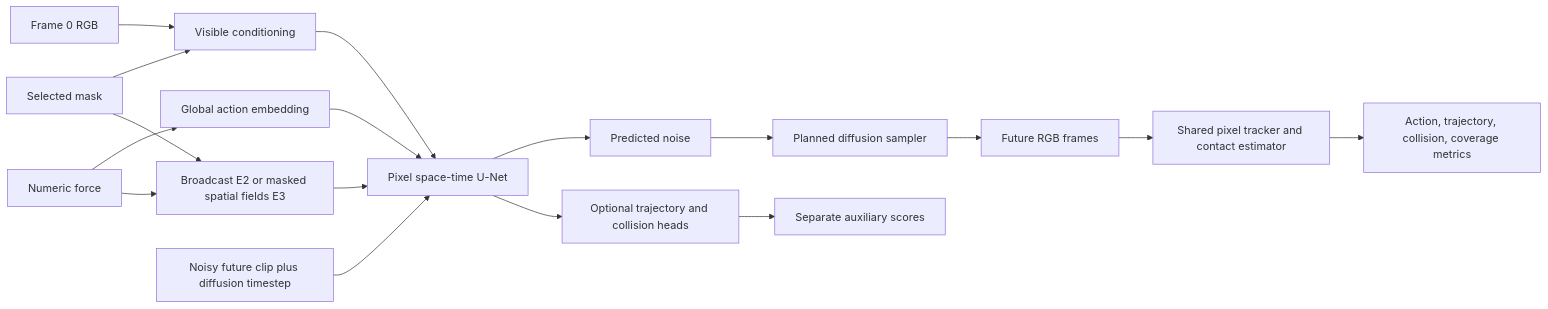
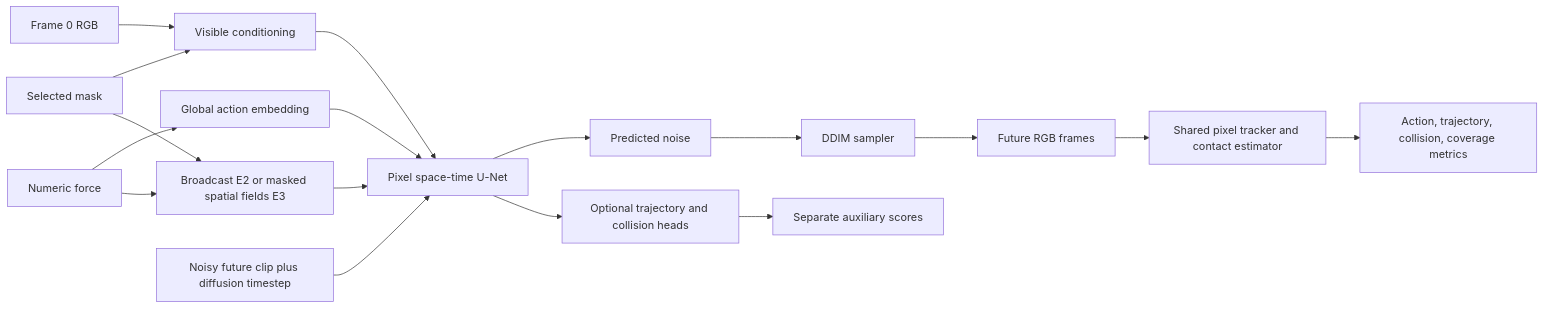
The diagram in docs/BUILD_PLAN.md (athul1810/click2future), drawn with Mermaid before and after one commit. The commit also changed other lines of this file and 15 other files, not shown here.

````diff
--- a/docs/BUILD_PLAN.md
+++ b/docs/BUILD_PLAN.md
@@ -27,19 +28,19 @@
 ```mermaid
 flowchart LR
     I[Frame 0 RGB] --> C[Visible conditioning]
     M[Selected mask] --> C
     A[Numeric force] --> G[Global action embedding]
     A --> F[Broadcast E2 or masked spatial fields E3]
     M --> F
     C --> U[Pixel space-time U-Net]
     G --> U
     F --> U
     X[Noisy future clip plus diffusion timestep] --> U
     U --> E[Predicted noise]
     U --> H[Optional trajectory and collision heads]
-    E --> S[Planned diffusion sampler]
+    E --> S[DDIM sampler]
     S --> V[Future RGB frames]
     V --> T[Shared pixel tracker and contact estimator]
     H --> Q[Separate auxiliary scores]
     T --> R[Action, trajectory, collision, coverage metrics]
 ```
````
